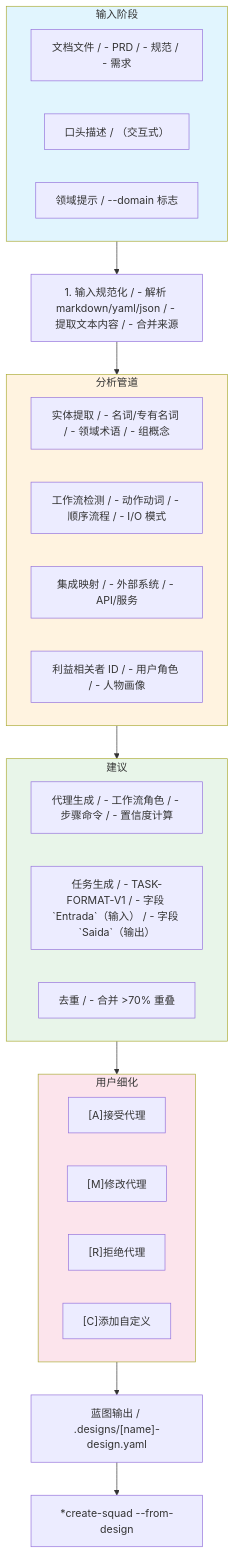
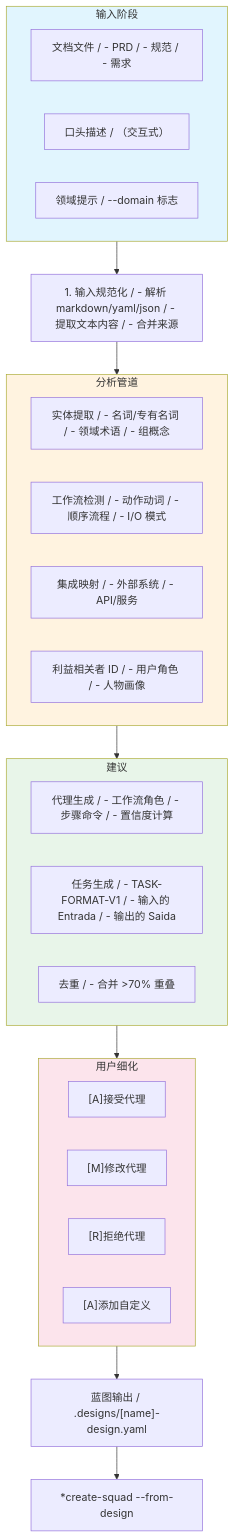
The third of 6 diagrams in content/en/docs/zh/aios-agent-flows/squad-creator-system.mdx (bychrisr/aios-docs), drawn with Mermaid before and after one commit. The commit also changed other lines of this file and 26 other files, not shown here.

````diff
--- a/content/en/docs/zh/aios-agent-flows/squad-creator-system.mdx
+++ b/content/en/docs/zh/aios-agent-flows/squad-creator-system.mdx
@@ -229,45 +229,45 @@
 ```mermaid
 flowchart TB
     subgraph INPUT["输入阶段"]
         DOCS["文档文件 / - PRD / - 规范 / - 需求"]
         VERBAL["口头描述 / （交互式）"]
         DOMAIN["领域提示 / --domain 标志"]
     end
 
     INPUT --> NORMALIZE["1. 输入规范化 / - 解析 markdown/yaml/json / - 提取文本内容 / - 合并来源"]
 
     NORMALIZE --> ANALYZE["2. 领域分析"]
 
     subgraph ANALYZE["分析管道"]
         ENTITY["实体提取 / - 名词/专有名词 / - 领域术语 / - 组概念"]
         WORKFLOW["工作流检测 / - 动作动词 / - 顺序流程 / - I/O 模式"]
         INTEGRATION["集成映射 / - 外部系统 / - API/服务"]
         STAKE["利益相关者 ID / - 用户角色 / - 人物画像"]
     end
 
     ANALYZE --> RECOMMEND["3. 建议引擎"]
 
     subgraph RECOMMEND["建议"]
         AGENTS["代理生成 / - 工作流角色 / - 步骤命令 / - 置信度计算"]
-        TASKS_R["任务生成 / - TASK-FORMAT-V1 / - 字段 `Entrada`（输入） / - 字段 `Saida`（输出）"]
+        TASKS_R["任务生成 / - TASK-FORMAT-V1 / - 输入的 Entrada / - 输出的 Saida"]
         DEDUP["去重 / - 合并 >70% 重叠"]
     end
 
     RECOMMEND --> REVIEW["4. 交互审查"]
 
     subgraph REVIEW["用户细化"]
         CONFIRM["[A]接受代理"]
         MODIFY["[M]修改代理"]
         REJECT["[R]拒绝代理"]
-        ADD["[C]添加自定义"]
+        ADD["[A]添加自定义"]
     end
 
     REVIEW --> BLUEPRINT["蓝图输出 / .designs/[name]-design.yaml"]
 
     BLUEPRINT --> CREATE["*create-squad --from-design"]
 
     style INPUT fill:#e1f5fe
     style ANALYZE fill:#fff3e0
     style RECOMMEND fill:#e8f5e9
     style REVIEW fill:#fce4ec
 ```
````
